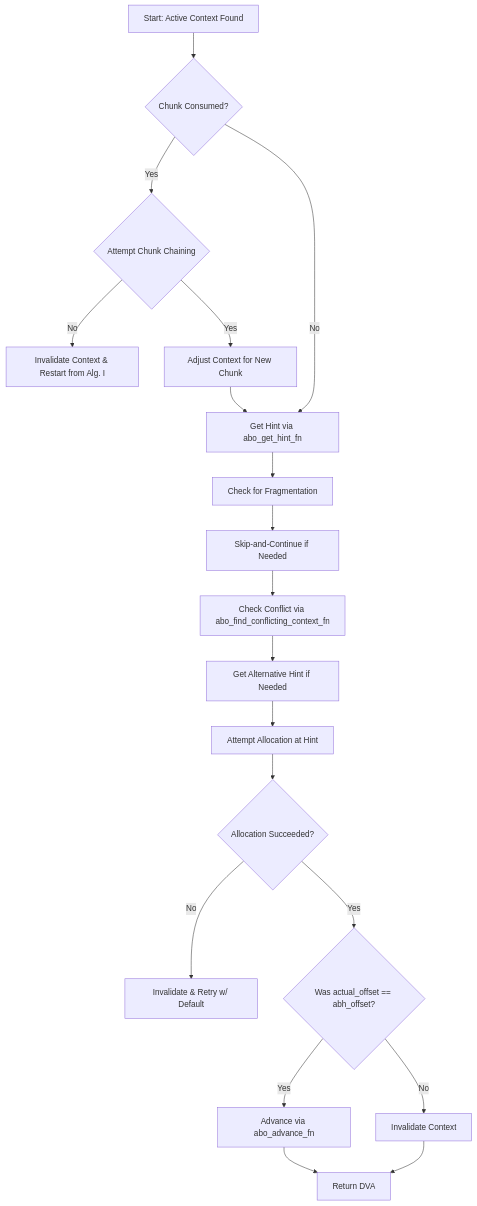
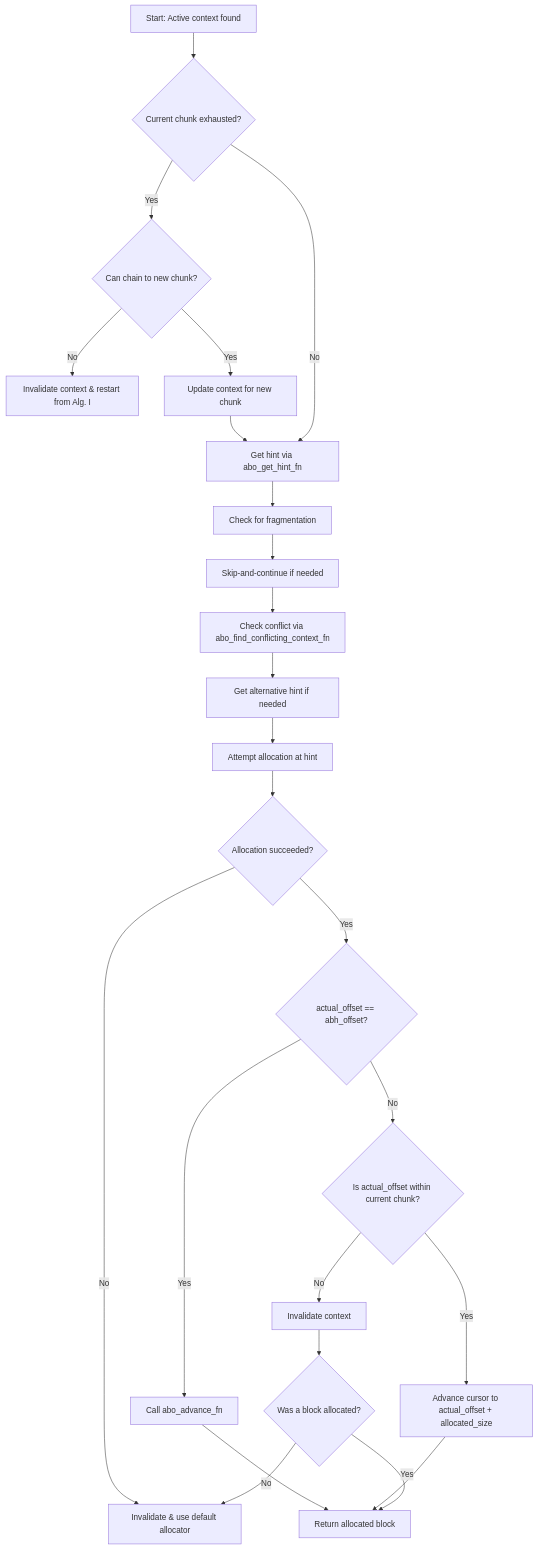
Before and after one commit to arg7/zfs-fuse: the third of 5 diagrams in src/spec.md, drawn with Mermaid. The commit also changed other lines of this file, not shown here.

Commit message:
spec diagrams fixes

````diff
--- a/src/spec.md
+++ b/src/spec.md
@@ -256,28 +256,37 @@
 ```mermaid
+
 graph TD
-    A[Start: Active Context Found] --> B{Chunk Consumed?};
-    B -- Yes --> C{Attempt Chunk Chaining};
+    A[Start: Active context found] --> B{Current chunk exhausted?};
+    B -- Yes --> C{Can chain to new chunk?};
     
-    C -- No --> Invalidate_and_Restart[Invalidate Context & Restart from Alg. I];
-    C -- Yes --> Adjust_Context[Adjust Context for New Chunk];
-    Adjust_Context --> D[Get Hint via abo_get_hint_fn];
+    C -- No --> Invalidate_and_Restart[Invalidate context & restart from Alg. I];
+    C -- Yes --> Adjust_Context[Update context for new chunk];
+    Adjust_Context --> D[Get hint via abo_get_hint_fn];
 
     B -- No --> D;
 
-    D --> E[Check for Fragmentation];
-    E --> F[Skip-and-Continue if Needed];
-    F --> G[Check Conflict via abo_find_conflicting_context_fn];
-    G --> H[Get Alternative Hint if Needed];
-    H --> I[Attempt Allocation at Hint];
-    I --> J{Allocation Succeeded?};
+    D --> E[Check for fragmentation];
+    E --> F[Skip-and-continue if needed];
+    F --> G[Check conflict via abo_find_conflicting_context_fn];
+    G --> H[Get alternative hint if needed];
+    H --> I[Attempt allocation at hint];
+    I --> J{Allocation succeeded?};
     
-    J -- No --> Invalidate_and_Retry_Default[Invalidate & Retry w/ Default];
+    J -- No --> Invalidate_and_Retry_Default[Invalidate & use default allocator];
     
-    J -- Yes --> K{Was actual_offset == abh_offset?};
+    J -- Yes --> K{actual_offset == abh_offset?};
     
-    K -- Yes --> L[Advance via abo_advance_fn];
-    L --> M[Return DVA];
+    K -- Yes --> L[Call abo_advance_fn];
+    L --> M[Return allocated block];
 
-    K -- No --> Invalidate_and_Succeed[Invalidate Context];
-    Invalidate_and_Succeed --> M;
+    K -- No --> N{Is actual_offset within current chunk?};
+    
+    N -- Yes --> O[Advance cursor to actual_offset + allocated_size];
+    O --> M;
+
+    N -- No --> P[Invalidate context];
+    P --> Q{Was a block allocated?};
+    Q -- Yes --> M;
+    Q -- No --> Invalidate_and_Retry_Default;
+
 ```
````
